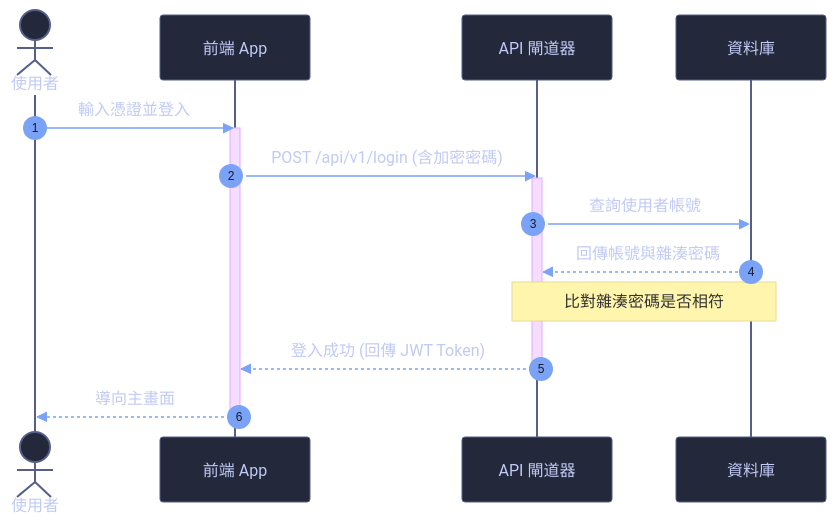
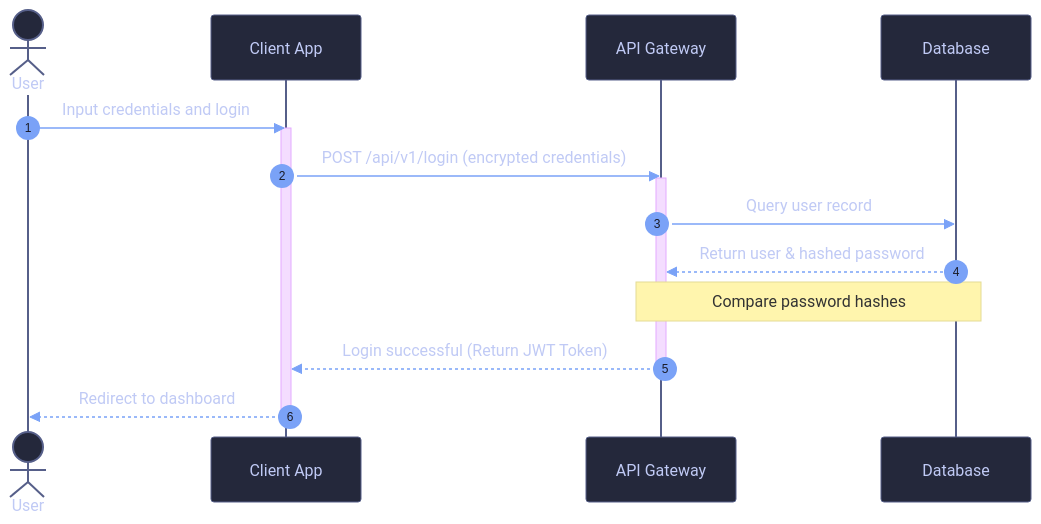
The second of 2 diagrams in beautiful-mermaid/SKILL.md (jerryyrliu-jpg/my-gemini-skills), drawn with Mermaid before and after one commit. The commit also changed other lines of this file and 1 other file, not shown here.

Commit message:
docs(beautiful-mermaid): translate skill and readme to English

````diff
--- a/beautiful-mermaid/SKILL.md
+++ b/beautiful-mermaid/SKILL.md
@@ -75,38 +75,38 @@
 ```mermaid
 %%{init: {
   "theme": "base",
   "themeVariables": {
     "fontFamily": "Inter, system-ui, sans-serif",
     "background": "#1a1b26",
     "actorBorder": "#565f89",
     "actorBkg": "#24283b",
     "actorTextColor": "#c0caf5",
     "actorLineColor": "#565f89",
     "signalColor": "#7aa2f7",
     "signalTextColor": "#c0caf5",
     "labelBoxBkgColor": "#24283b",
     "labelBoxBorderColor": "#565f89",
     "labelTextColor": "#c0caf5",
     "loopLimitBkgColor": "#1f2335",
     "loopLimitBorderColor": "#565f89"
   }
 }}%%
 sequenceDiagram
   autonumber
-  actor User as 使用者
-  participant Client as 前端 App
-  participant API as API 閘道器
-  participant DB as 資料庫
+  actor User as User
+  participant Client as Client App
+  participant API as API Gateway
+  participant DB as Database
 
-  User->>Client: 輸入憑證並登入
+  User->>Client: Input credentials and login
   activate Client
-  Client->>API: POST /api/v1/login (含加密密碼)
+  Client->>API: POST /api/v1/login (encrypted credentials)
   activate API
-  API->>DB: 查詢使用者帳號
-  DB-->>API: 回傳帳號與雜湊密碼
-  Note over API,DB: 比對雜湊密碼是否相符
-  API-->>Client: 登入成功 (回傳 JWT Token)
+  API->>DB: Query user record
+  DB-->>API: Return user & hashed password
+  Note over API,DB: Compare password hashes
+  API-->>Client: Login successful (Return JWT Token)
   deactivate API
-  Client-->>User: 導向主畫面
+  Client-->>User: Redirect to dashboard
   deactivate Client
 ```
````
